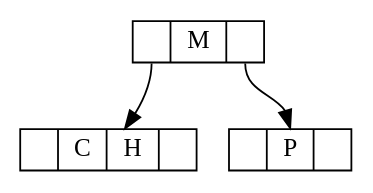
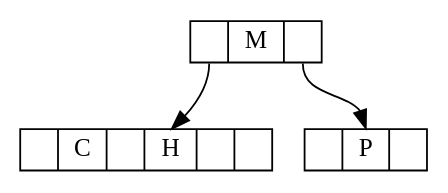
One commit to ericfode/CS320 changed the diagram in Assignment 4/step4.dot. Above: the diagram before and after it, drawn with Graphviz. The commit also changed 10 other files, not shown here.

```diff
--- a/Assignment 4/step4.dot
+++ b/Assignment 4/step4.dot
@@ -1,11 +1,9 @@
 digraph one {
 	node [shape = record, height=.1];
 	node0[label = "<f0> | <f1> M | <f2> "];
-	node1[label = "<f0> | <f1> C | <f2> H | <f3> "];
+	node1[label = "<f0> | <f1> C || <f2> H || <f3> "];
 	node2[label = "<f0> | <f1> P | <f2> "];
 	
 	"node0":f0 -> "node1";
 	"node0":f2 -> "node2":f1;
-	
-
 }
```
